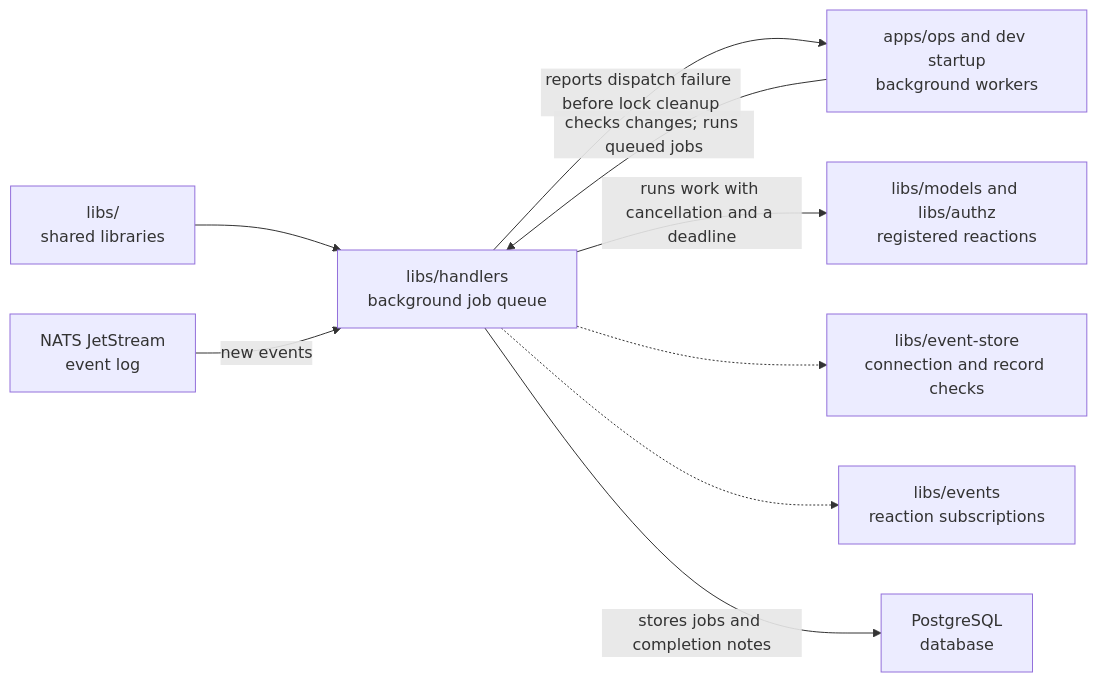
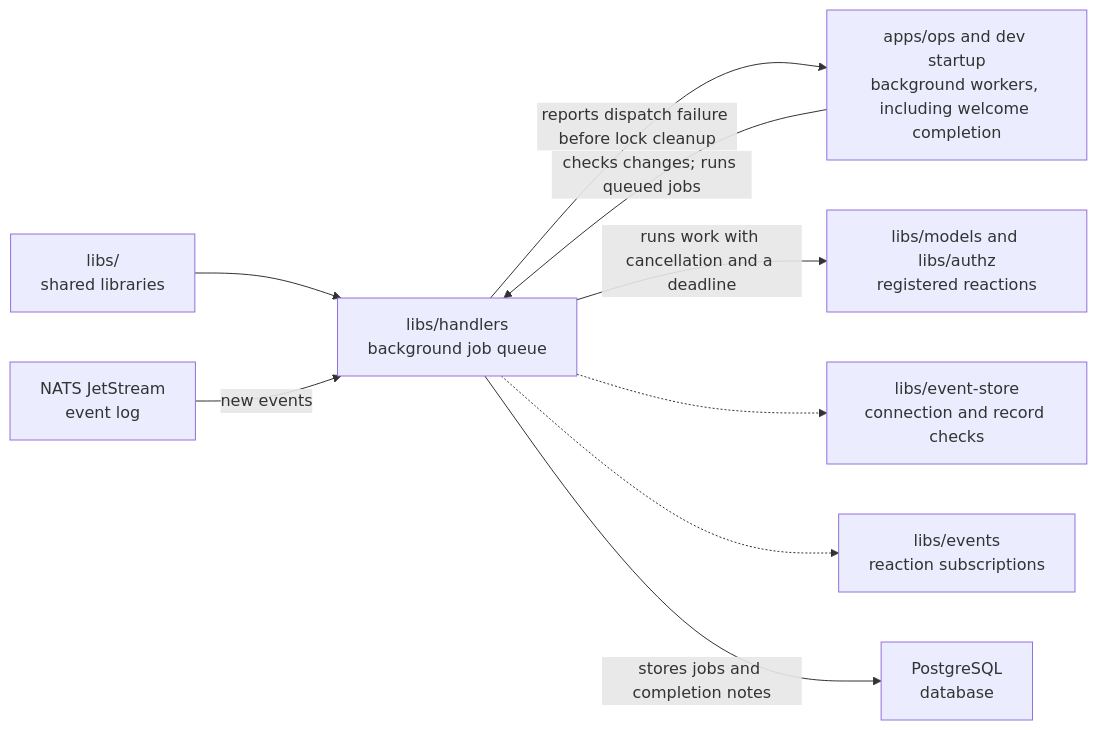
One commit to elewa-git/opencrane-new changed the diagram in libs/handlers/README.md. Above: the diagram before and after it, drawn with Mermaid. The commit also changed other lines of this file and 22 other files, not shown here.

````diff
--- a/libs/handlers/README.md
+++ b/libs/handlers/README.md
@@ -20,11 +20,11 @@
 ```mermaid
 flowchart LR
   parent["libs/<br/>shared libraries"] --> handlers["libs/handlers<br/>background job queue"]
-  ops["apps/ops and dev startup<br/>background workers"] -->|checks changes; runs queued jobs| handlers
+  ops["apps/ops and dev startup<br/>background workers, including welcome completion"] -->|checks changes; runs queued jobs| handlers
   handlers -->|reports dispatch failure before lock cleanup| ops
   nats["NATS JetStream<br/>event log"] -->|new events| handlers
   handlers -->|runs work with cancellation and a deadline| reactions["libs/models and libs/authz<br/>registered reactions"]
   handlers -.-> store["libs/event-store<br/>connection and record checks"]
   handlers -.-> events["libs/events<br/>reaction subscriptions"]
   handlers -->|stores jobs and completion notes| pg["PostgreSQL<br/>database"]
 ```
````
